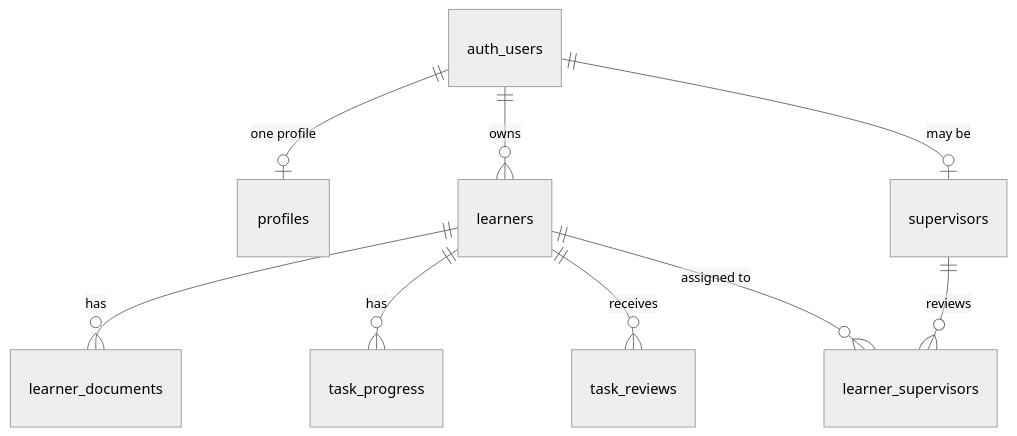
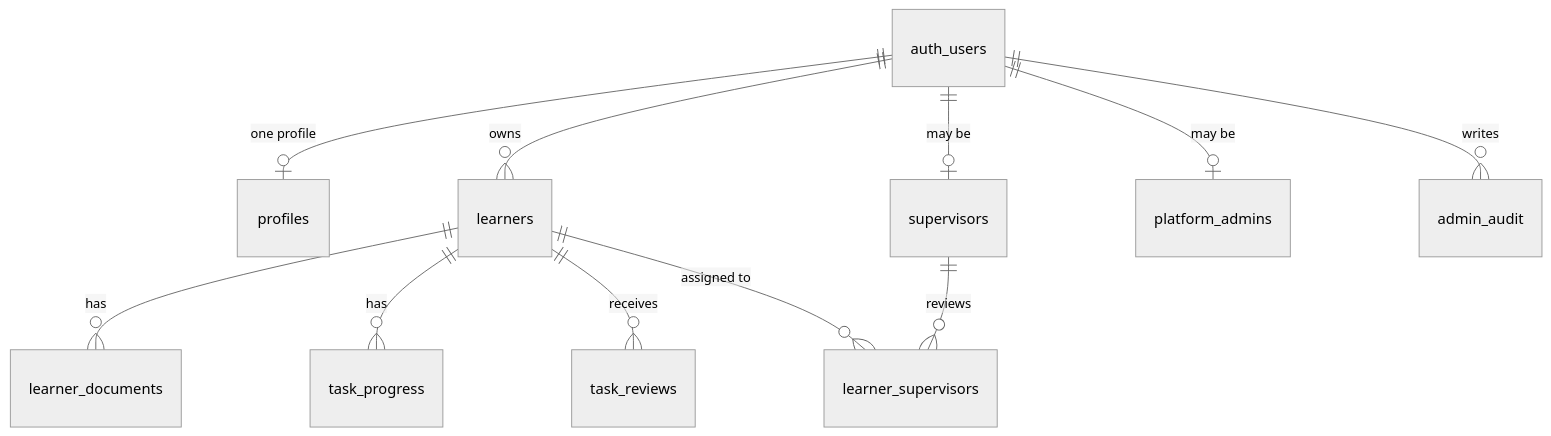
One commit to ayonman100/eabd-learning-platform changed the first of 2 diagrams in docs/architecture/security-and-privacy.md. Above: the diagram before and after it, drawn with Mermaid (neutral theme). The commit also changed other lines of this file and 7 other files, not shown here.

````diff
--- a/docs/architecture/security-and-privacy.md
+++ b/docs/architecture/security-and-privacy.md
@@ -33,11 +33,13 @@
 ```mermaid
 erDiagram
   auth_users ||--o| profiles : "one profile"
   auth_users ||--o{ learners : "owns"
   auth_users ||--o| supervisors : "may be"
+  auth_users ||--o| platform_admins : "may be"
+  auth_users ||--o{ admin_audit : "writes"
   learners ||--o{ learner_documents : "has"
   learners ||--o{ task_progress : "has"
   learners ||--o{ task_reviews : "receives"
   learners ||--o{ learner_supervisors : "assigned to"
   supervisors ||--o{ learner_supervisors : "reviews"
 ```
````
